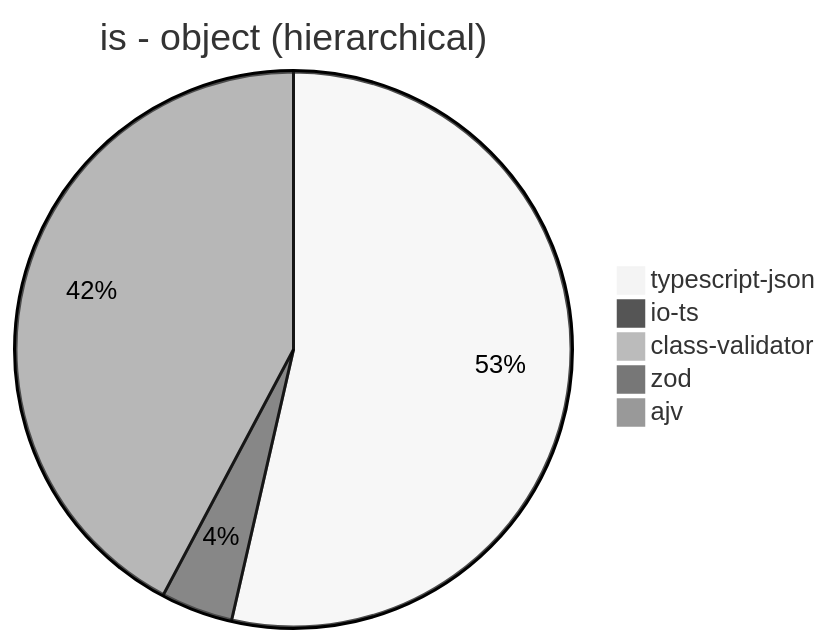
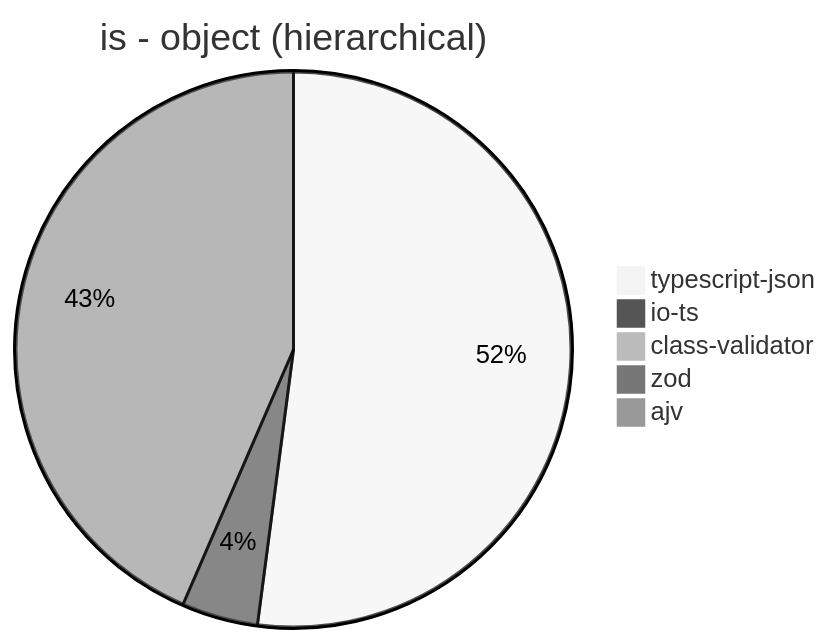
One commit to samchon/typia changed the first of 32 diagrams in benchmark/results/AMD Ryzen 7 5800H with Radeon Graphics.md. Above: the diagram before and after it, drawn with Mermaid (neutral theme). The commit also changed other lines of this file and 7 other files, not shown here.

````diff
--- a/benchmark/results/AMD Ryzen 7 5800H with Radeon Graphics.md
+++ b/benchmark/results/AMD Ryzen 7 5800H with Radeon Graphics.md
@@ -21,8 +21,8 @@
 ```mermaid
 pie title is - object (hierarchical)
-  "typescript-json": 108502.45409925467
-  "io-ts": 8477.989663161647
-  "class-validator": 97.8656949505466
-  "zod": 387.73006134969324
-  "ajv": 85526.92867540028
+  "typescript-json": 105018.20804038219
+  "io-ts": 8947.152294233172
+  "class-validator": 62.647969404480065
+  "zod": 426.1384672343576
+  "ajv": 87703.76402461094
 ```
````
